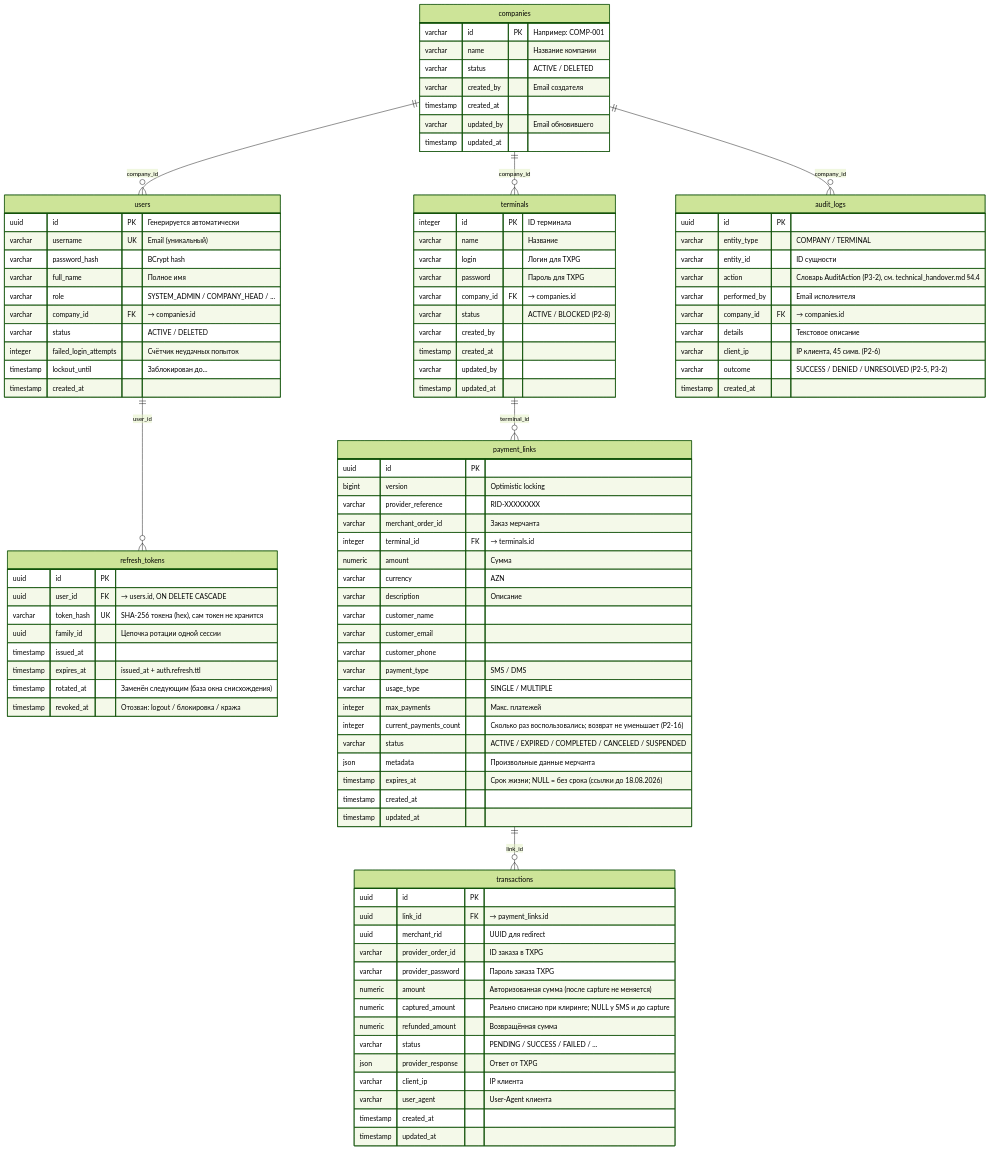
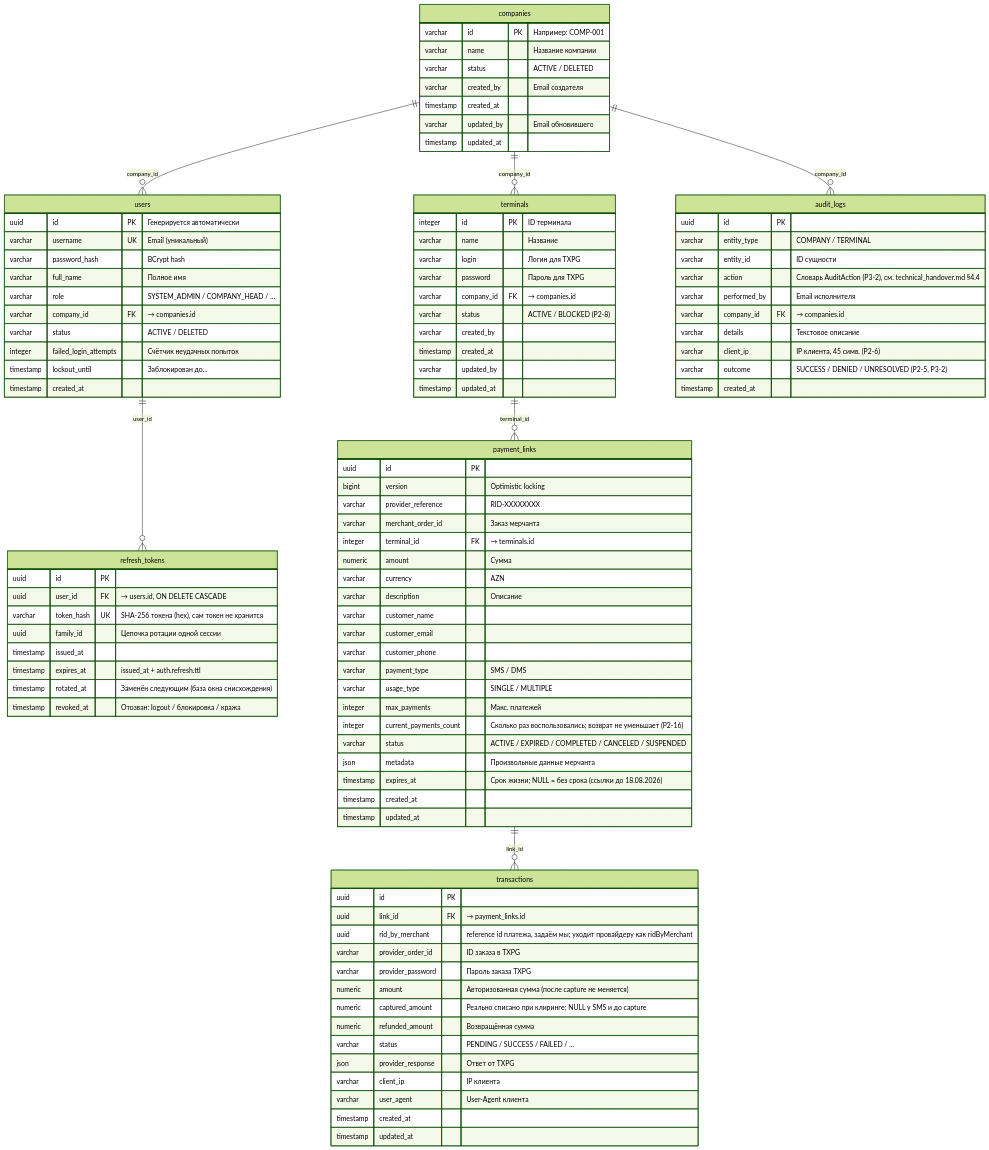
One commit to Gaena/merchant-portal-mk changed the ninth of 12 diagrams in application_description.md. Above: the diagram before and after it, drawn with Mermaid (forest theme). The commit also changed other lines of this file and 45 other files, not shown here.

First line of the commit message:
rename: merchantRid and ridByMerchant are different identifiers

```diff
--- a/application_description.md
+++ b/application_description.md
@@ -1501,7 +1501,7 @@
     transactions {
         uuid id PK
         uuid link_id FK "→ payment_links.id"
-        uuid merchant_rid "UUID для redirect"
+        uuid rid_by_merchant "reference id платежа, задаём мы; уходит провайдеру как ridByMerchant"
         varchar provider_order_id "ID заказа в TXPG"
         varchar provider_password "Пароль заказа TXPG"
         numeric amount "Авторизованная сумма (после capture не меняется)"
```
